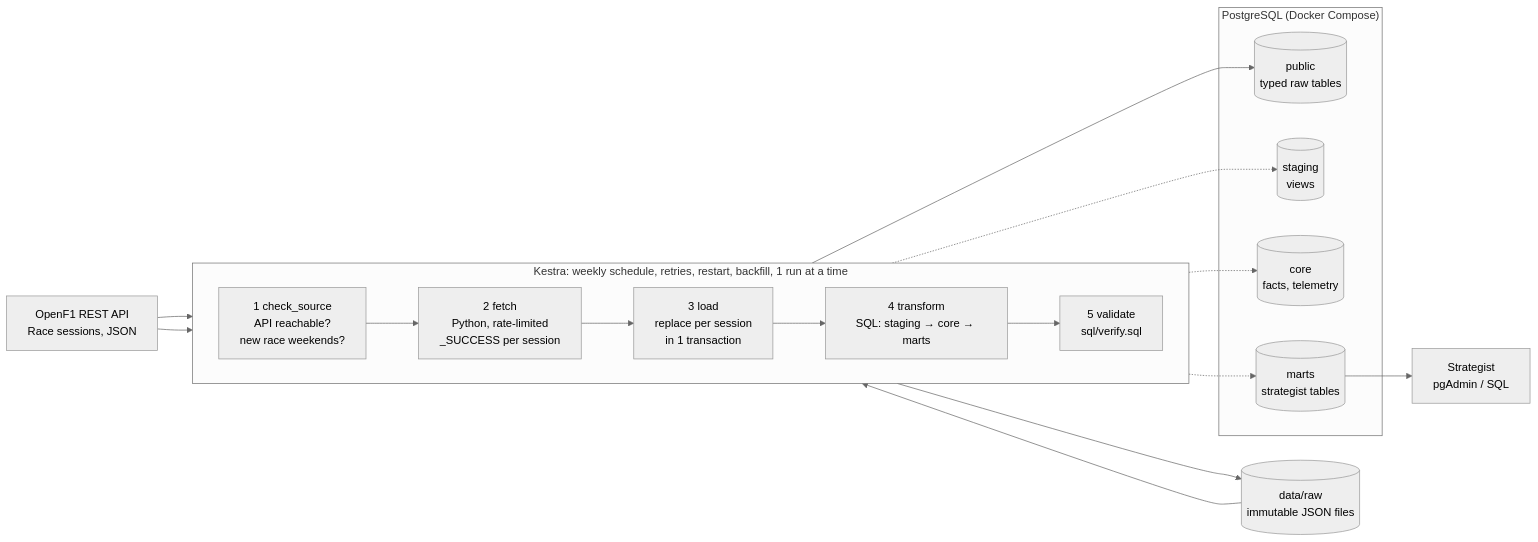
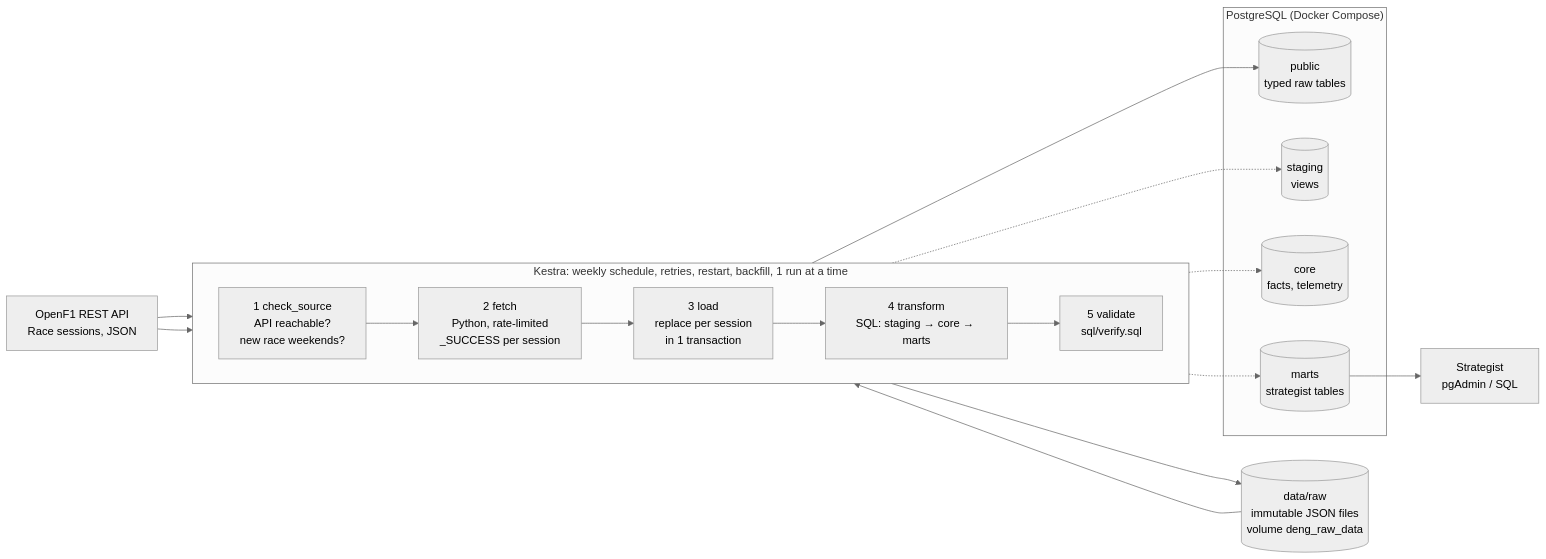
One commit to FloHoliday/DENG changed the diagram in README.md. Above: the diagram before and after it, drawn with Mermaid (neutral theme). The commit also changed other lines of this file and 4 other files, not shown here.

Commit message:
fix: store raw data in a named Docker volume instead of a host path (Windows)

````diff
--- a/README.md
+++ b/README.md
@@ -456,29 +457,29 @@
 ```mermaid
 flowchart LR
     source["OpenF1 REST API<br/>Race sessions, JSON"]
 
     subgraph kestra["Kestra: weekly schedule, retries, restart, backfill, 1 run at a time"]
         direction LR
         check["1 check_source<br/>API reachable?<br/>new race weekends?"]
         fetch["2 fetch<br/>Python, rate-limited<br/>_SUCCESS per session"]
         load["3 load<br/>replace per session<br/>in 1 transaction"]
         transform["4 transform<br/>SQL: staging → core → marts"]
         validate["5 validate<br/>sql/verify.sql"]
         check --> fetch --> load --> transform --> validate
     end
 
-    raw[("data/raw<br/>immutable JSON files")]
+    raw[("data/raw<br/>immutable JSON files<br/>volume deng_raw_data")]
     subgraph pg["PostgreSQL (Docker Compose)"]
         public[("public<br/>typed raw tables")]
         staging[("staging<br/>views")]
         core[("core<br/>facts, telemetry")]
         marts[("marts<br/>strategist tables")]
     end
     user["Strategist<br/>pgAdmin / SQL"]
 
     source --> check
     source --> fetch
     fetch --> raw --> load --> public
     transform -.-> staging & core & marts
     marts --> user
 ```
````
